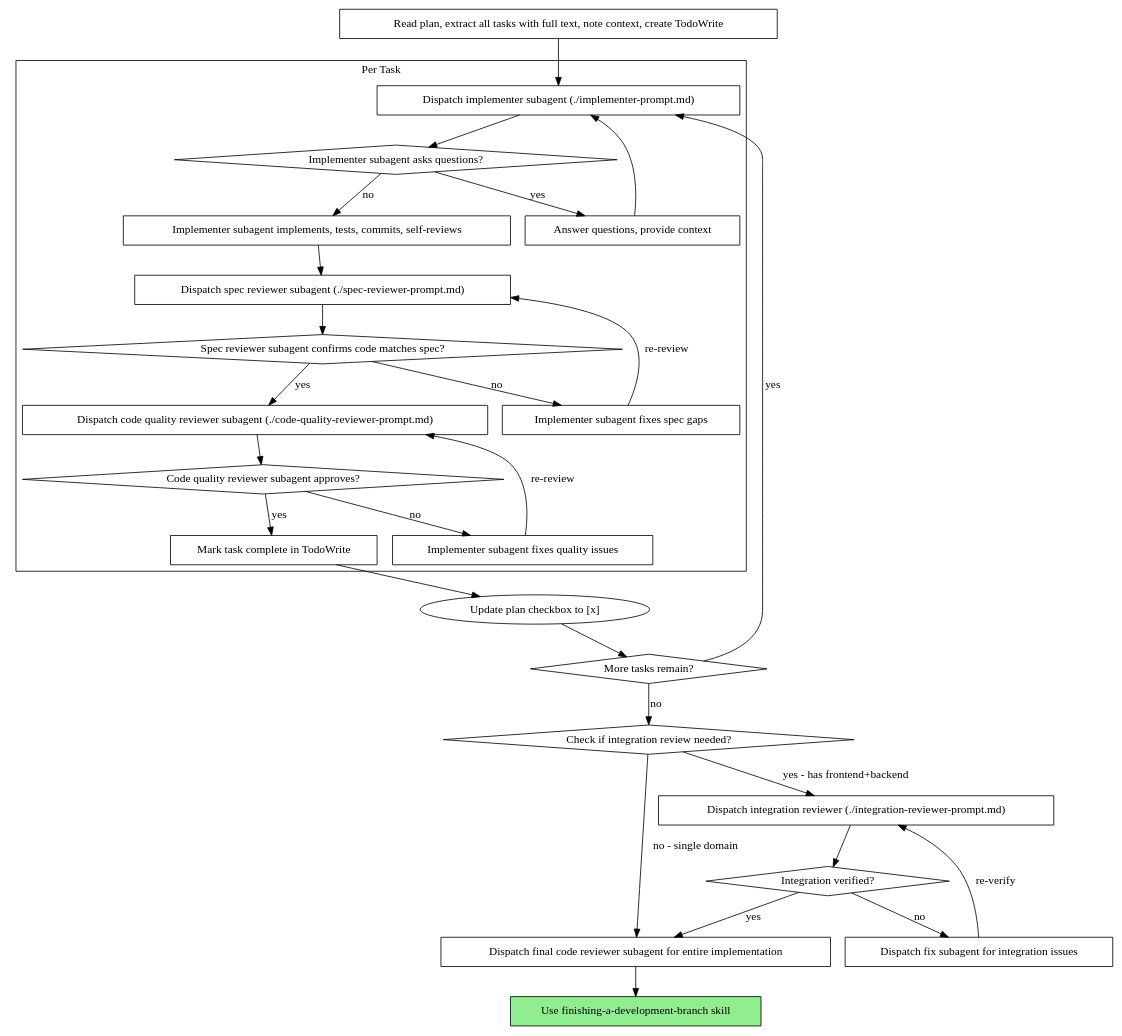
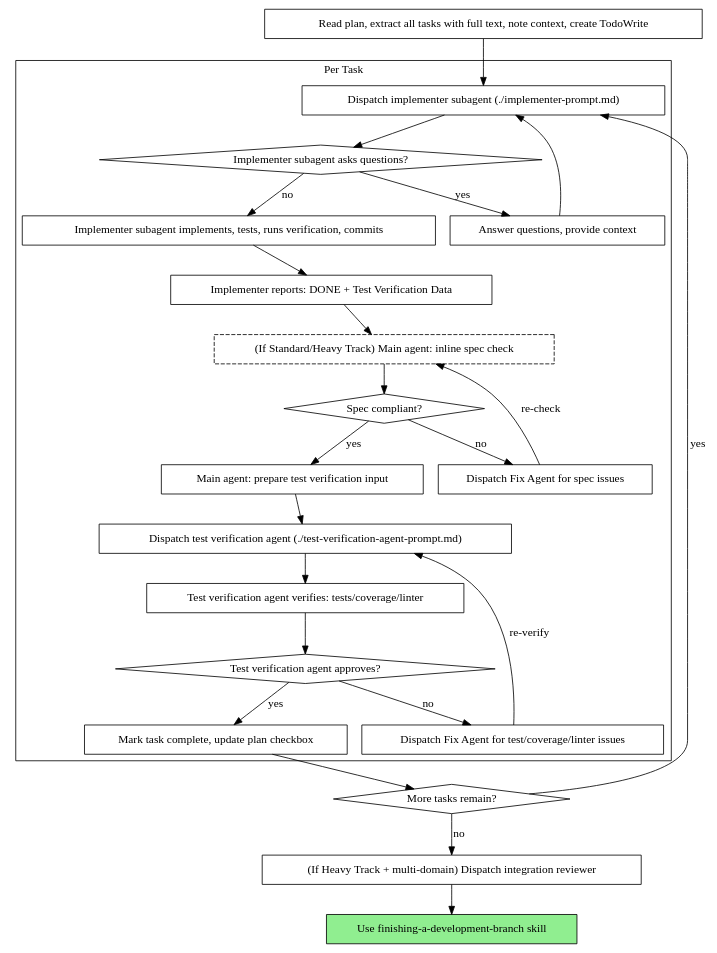
Before and after one commit to xhyqaq/agentic-delivery: the second of 2 diagrams in skills/subagent-driven-development/SKILL.md, drawn with Graphviz. The commit also changed other lines of this file and 3 other files, not shown here.

First line of the commit message:
docs: 集成 Test-Driven Verification 系统到编排层

````diff
--- a/skills/subagent-driven-development/SKILL.md
+++ b/skills/subagent-driven-development/SKILL.md
@@ -58,55 +58,52 @@
 ```dot
 digraph process {
     rankdir=TB;
 
     subgraph cluster_per_task {
         label="Per Task";
         "Dispatch implementer subagent (./implementer-prompt.md)" [shape=box];
         "Implementer subagent asks questions?" [shape=diamond];
         "Answer questions, provide context" [shape=box];
-        "Implementer subagent implements, tests, commits, self-reviews" [shape=box];
-        "Dispatch spec reviewer subagent (./spec-reviewer-prompt.md)" [shape=box];
-        "Spec reviewer subagent confirms code matches spec?" [shape=diamond];
-        "Implementer subagent fixes spec gaps" [shape=box];
-        "Dispatch code quality reviewer subagent (./code-quality-reviewer-prompt.md)" [shape=box];
-        "Code quality reviewer subagent approves?" [shape=diamond];
-        "Implementer subagent fixes quality issues" [shape=box];
-        "Mark task complete in TodoWrite" [shape=box];
+        "Implementer subagent implements, tests, runs verification, commits" [shape=box];
+        "Implementer reports: DONE + Test Verification Data" [shape=box];
+
+        "(If Standard/Heavy Track) Main agent: inline spec check" [shape=box style=dashed];
+        "Spec compliant?" [shape=diamond];
+        "Dispatch Fix Agent for spec issues" [shape=box];
+
+        "Main agent: prepare test verification input" [shape=box];
+        "Dispatch test verification agent (./test-verification-agent-prompt.md)" [shape=box];
+        "Test verification agent verifies: tests/coverage/linter" [shape=box];
+        "Test verification agent approves?" [shape=diamond];
+        "Dispatch Fix Agent for test/coverage/linter issues" [shape=box];
+        "Mark task complete, update plan checkbox" [shape=box];
     }
 
     "Read plan, extract all tasks with full text, note context, create TodoWrite" [shape=box];
     "More tasks remain?" [shape=diamond];
-    "Dispatch final code reviewer subagent for entire implementation" [shape=box];
+    "(If Heavy Track + multi-domain) Dispatch integration reviewer" [shape=box];
     "Use finishing-a-development-branch skill" [shape=box style=filled fillcolor=lightgreen];
 
     "Read plan, extract all tasks with full text, note context, create TodoWrite" -> "Dispatch implementer subagent (./implementer-prompt.md)";
     "Dispatch implementer subagent (./implementer-prompt.md)" -> "Implementer subagent asks questions?";
     "Implementer subagent asks questions?" -> "Answer questions, provide context" [label="yes"];
     "Answer questions, provide context" -> "Dispatch implementer subagent (./implementer-prompt.md)";
-    "Implementer subagent asks questions?" -> "Implementer subagent implements, tests, commits, self-reviews" [label="no"];
-    "Implementer subagent implements, tests, commits, self-reviews" -> "Dispatch spec reviewer subagent (./spec-reviewer-prompt.md)";
-    "Dispatch spec reviewer subagent (./spec-reviewer-prompt.md)" -> "Spec reviewer subagent confirms code matches spec?";
-    "Spec reviewer subagent confirms code matches spec?" -> "Implementer subagent fixes spec gaps" [label="no"];
-    "Implementer subagent fixes spec gaps" -> "Dispatch spec reviewer subagent (./spec-reviewer-prompt.md)" [label="re-review"];
-    "Spec reviewer subagent confirms code matches spec?" -> "Dispatch code quality reviewer subagent (./code-quality-reviewer-prompt.md)" [label="yes"];
-    "Dispatch code quality reviewer subagent (./code-quality-reviewer-prompt.md)" -> "Code quality reviewer subagent approves?";
-    "Code quality reviewer subagent approves?" -> "Implementer subagent fixes quality issues" [label="no"];
-    "Implementer subagent fixes quality issues" -> "Dispatch code quality reviewer subagent (./code-quality-reviewer-prompt.md)" [label="re-review"];
-    "Code quality reviewer subagent approves?" -> "Mark task complete in TodoWrite" [label="yes"];
-    "Mark task complete in TodoWrite" -> "Update plan checkbox to [x]";
-    "Update plan checkbox to [x]" -> "More tasks remain?";
+    "Implementer subagent asks questions?" -> "Implementer subagent implements, tests, runs verification, commits" [label="no"];
+    "Implementer subagent implements, tests, runs verification, commits" -> "Implementer reports: DONE + Test Verification Data";
+    "Implementer reports: DONE + Test Verification Data" -> "(If Standard/Heavy Track) Main agent: inline spec check";
+    "(If Standard/Heavy Track) Main agent: inline spec check" -> "Spec compliant?";
+    "Spec compliant?" -> "Dispatch Fix Agent for spec issues" [label="no"];
+    "Dispatch Fix Agent for spec issues" -> "(If Standard/Heavy Track) Main agent: inline spec check" [label="re-check"];
+    "Spec compliant?" -> "Main agent: prepare test verification input" [label="yes"];
+    "Main agent: prepare test verification input" -> "Dispatch test verification agent (./test-verification-agent-prompt.md)";
+    "Dispatch test verification agent (./test-verification-agent-prompt.md)" -> "Test verification agent verifies: tests/coverage/linter";
+    "Test verification agent verifies: tests/coverage/linter" -> "Test verification agent approves?";
+    "Test verification agent approves?" -> "Dispatch Fix Agent for test/coverage/linter issues" [label="no"];
+    "Dispatch Fix Agent for test/coverage/linter issues" -> "Dispatch test verification agent (./test-verification-agent-prompt.md)" [label="re-verify"];
+    "Test verification agent approves?" -> "Mark task complete, update plan checkbox" [label="yes"];
+    "Mark task complete, update plan checkbox" -> "More tasks remain?";
     "More tasks remain?" -> "Dispatch implementer subagent (./implementer-prompt.md)" [label="yes"];
-    "More tasks remain?" -> "Check if integration review needed?" [label="no"];
-    "Check if integration review needed?" [shape=diamond];
-    "Check if integration review needed?" -> "Dispatch integration reviewer (./integration-reviewer-prompt.md)" [label="yes - has frontend+backend"];
-    "Check if integration review needed?" -> "Dispatch final code reviewer subagent for entire implementation" [label="no - single domain"];
-    "Dispatch integration reviewer (./integration-reviewer-prompt.md)" [shape=box];
-    "Integration verified?" [shape=diamond];
-    "Dispatch integration reviewer (./integration-reviewer-prompt.md)" -> "Integration verified?";
-    "Integration verified?" -> "Dispatch fix subagent for integration issues" [label="no"];
-    "Dispatch fix subagent for integration issues" [shape=box];
-    "Dispatch fix subagent for integration issues" -> "Dispatch integration reviewer (./integration-reviewer-prompt.md)" [label="re-verify"];
-    "Integration verified?" -> "Dispatch final code reviewer subagent for entire implementation" [label="yes"];
-    "Dispatch final code reviewer subagent for entire implementation" -> "Use finishing-a-development-branch skill";
+    "More tasks remain?" -> "(If Heavy Track + multi-domain) Dispatch integration reviewer" [label="no"];
+    "(If Heavy Track + multi-domain) Dispatch integration reviewer" -> "Use finishing-a-development-branch skill";
 }
 ```
````
